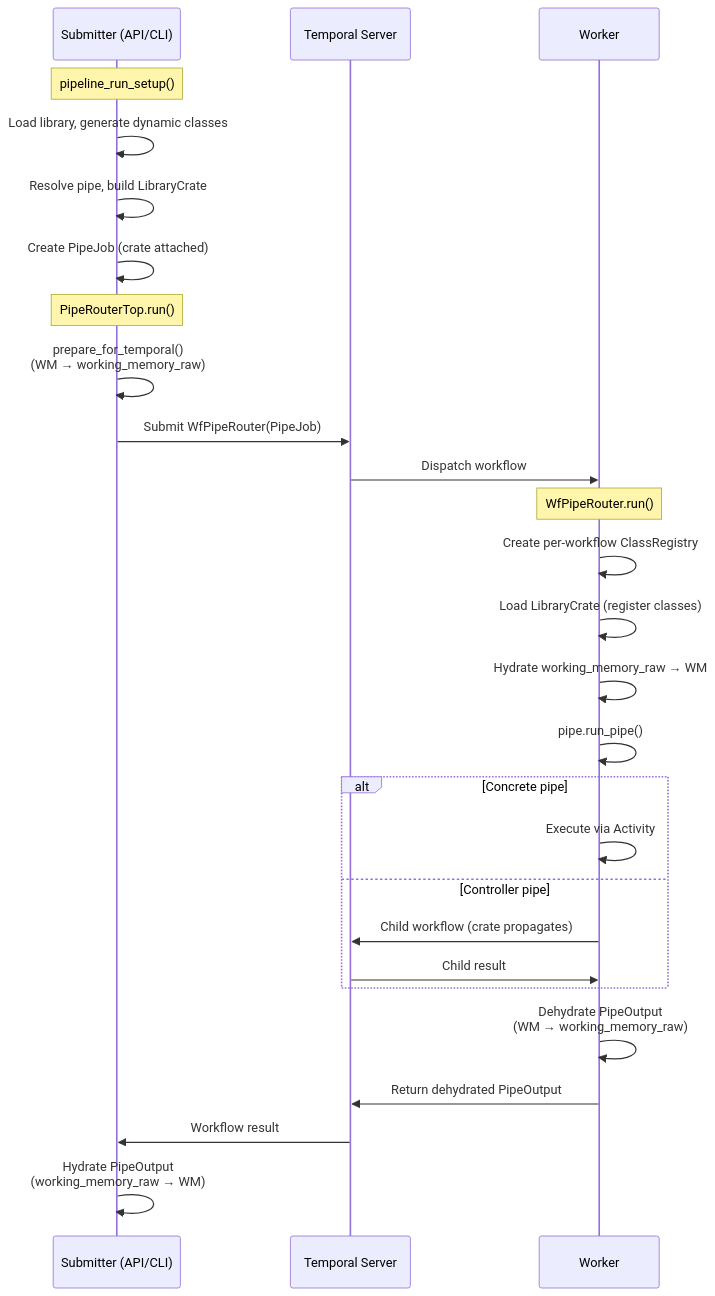
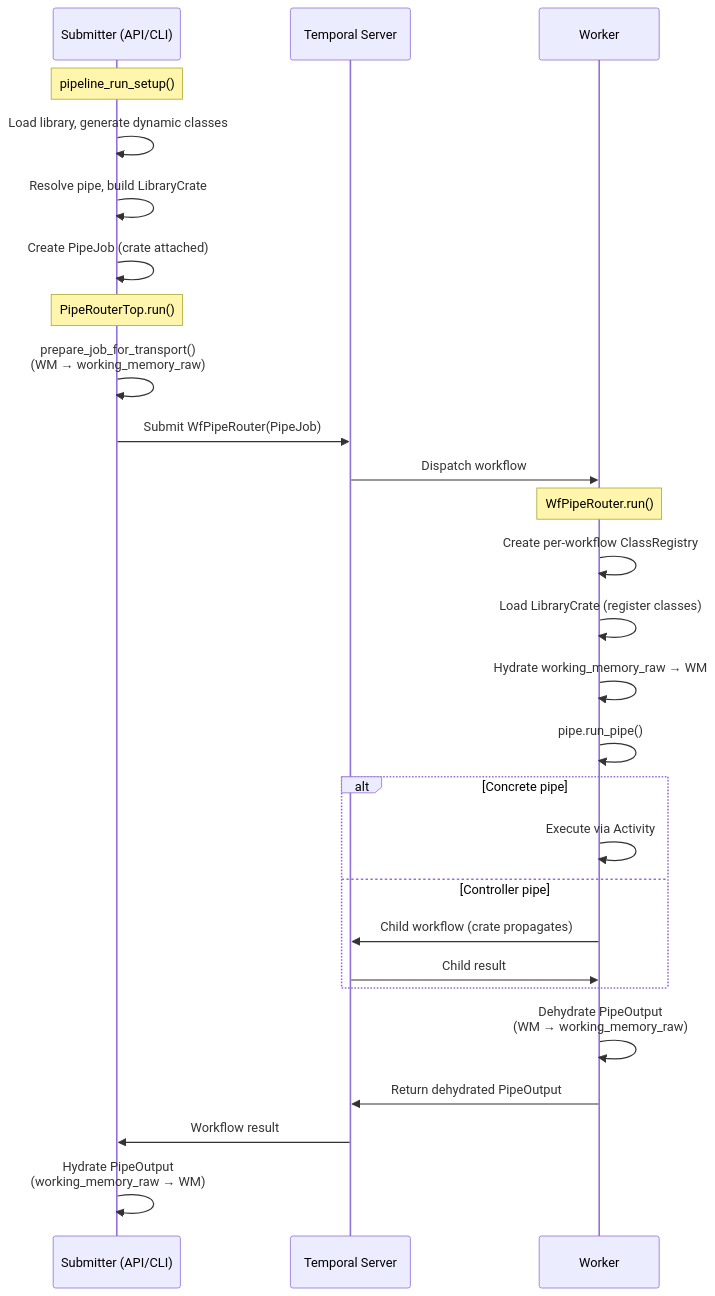
Before and after one commit to Pipelex/pipelex: the first of 2 diagrams in docs/under-the-hood/pipe-routing-and-execution.md, drawn with Mermaid. The commit also changed other lines of this file and 8 other files, not shown here.

````diff
--- a/docs/under-the-hood/pipe-routing-and-execution.md
+++ b/docs/under-the-hood/pipe-routing-and-execution.md
@@ -177,34 +179,34 @@
 ```mermaid
 sequenceDiagram
     participant S as Submitter (API/CLI)
     participant T as Temporal Server
     participant W as Worker
 
     Note over S: pipeline_run_setup()
     S->>S: Load library, generate dynamic classes
     S->>S: Resolve pipe, build LibraryCrate
     S->>S: Create PipeJob (crate attached)
 
     Note over S: PipeRouterTop.run()
-    S->>S: prepare_for_temporal()<br/>(WM → working_memory_raw)
+    S->>S: prepare_job_for_transport()<br/>(WM → working_memory_raw)
     S->>T: Submit WfPipeRouter(PipeJob)
     T->>W: Dispatch workflow
 
     Note over W: WfPipeRouter.run()
     W->>W: Create per-workflow ClassRegistry
     W->>W: Load LibraryCrate (register classes)
     W->>W: Hydrate working_memory_raw → WM
     W->>W: pipe.run_pipe()
 
     alt Concrete pipe
         W->>W: Execute via Activity
     else Controller pipe
         W->>T: Child workflow (crate propagates)
         T->>W: Child result
     end
 
     W->>W: Dehydrate PipeOutput<br/>(WM → working_memory_raw)
     W->>T: Return dehydrated PipeOutput
     T->>S: Workflow result
     S->>S: Hydrate PipeOutput<br/>(working_memory_raw → WM)
 ```
````
